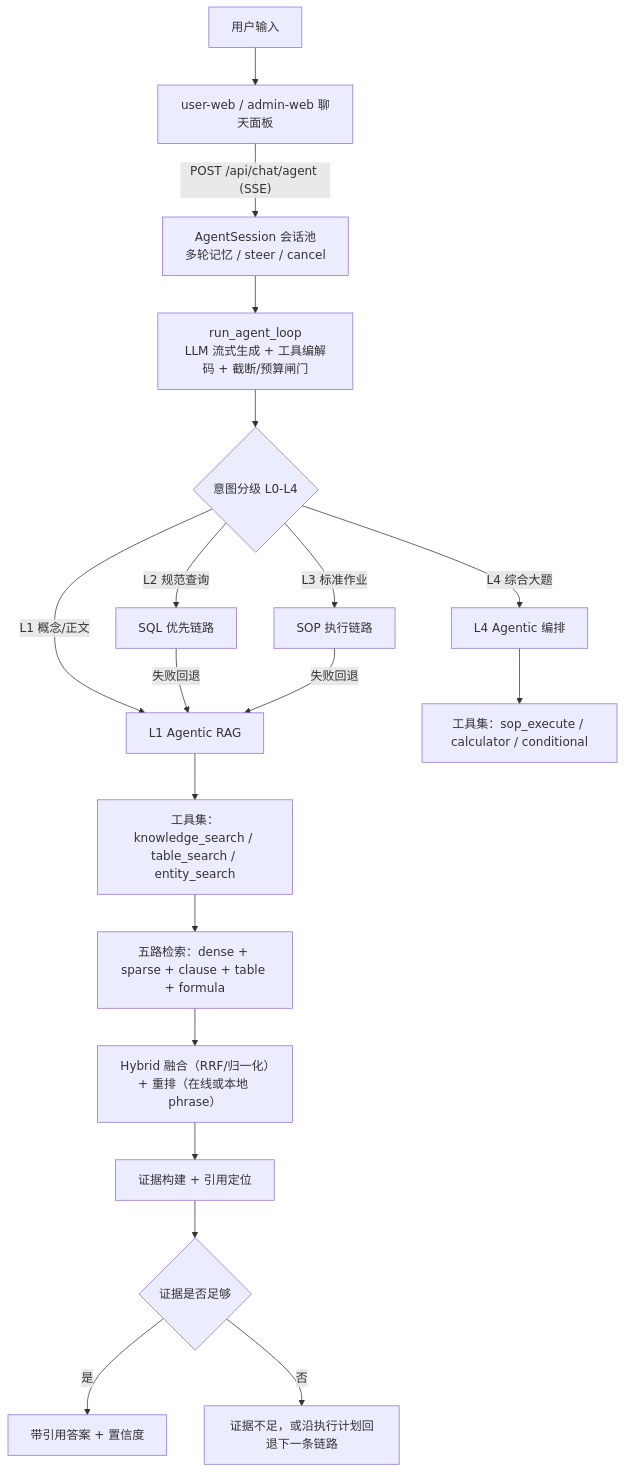
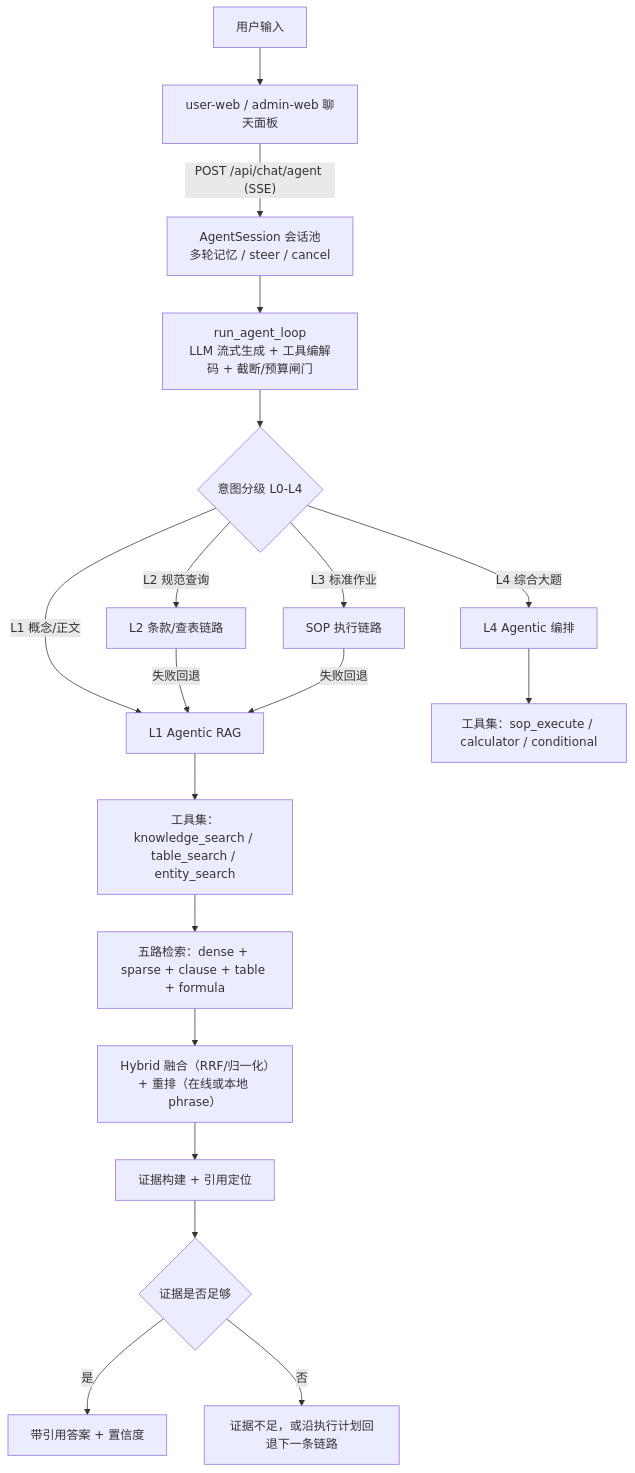
The diagram in README.md (0mao0/AnGIneer), drawn with Mermaid before and after one commit. The commit also changed other lines of this file and 26 other files, not shown here.

````diff
--- a/README.md
+++ b/README.md
@@ -116,21 +61,21 @@
 ```mermaid
 flowchart TD
     U["用户输入"] --> F["user-web / admin-web 聊天面板"]
     F -->|"POST /api/chat/agent (SSE)"| S["AgentSession 会话池<br/>多轮记忆 / steer / cancel"]
     S --> L["run_agent_loop<br/>LLM 流式生成 + 工具编解码 + 截断/预算闸门"]
     L --> C{"意图分级 L0-L4"}
     C -->|"L1 概念/正文"| A1["L1 Agentic RAG"]
-    C -->|"L2 规范查询"| A2["SQL 优先链路"]
+    C -->|"L2 规范查询"| A2["L2 条款/查表链路"]
     C -->|"L3 标准作业"| A3["SOP 执行链路"]
     C -->|"L4 综合大题"| A4["L4 Agentic 编排"]
     A2 -->|"失败回退"| A1
     A3 -->|"失败回退"| A1
     A4 --> T2["工具集：sop_execute / calculator / conditional"]
     A1 --> T["工具集：knowledge_search / table_search / entity_search"]
     T --> R["五路检索：dense + sparse + clause + table + formula"]
     R --> F2["Hybrid 融合（RRF/归一化）+ 重排（在线或本地 phrase）"]
     F2 --> E["证据构建 + 引用定位"]
     E --> G{"证据是否足够"}
     G -->|"是"| Ans["带引用答案 + 置信度"]
     G -->|"否"| Ref["证据不足，或沿执行计划回退下一条链路"]
 ```
````
